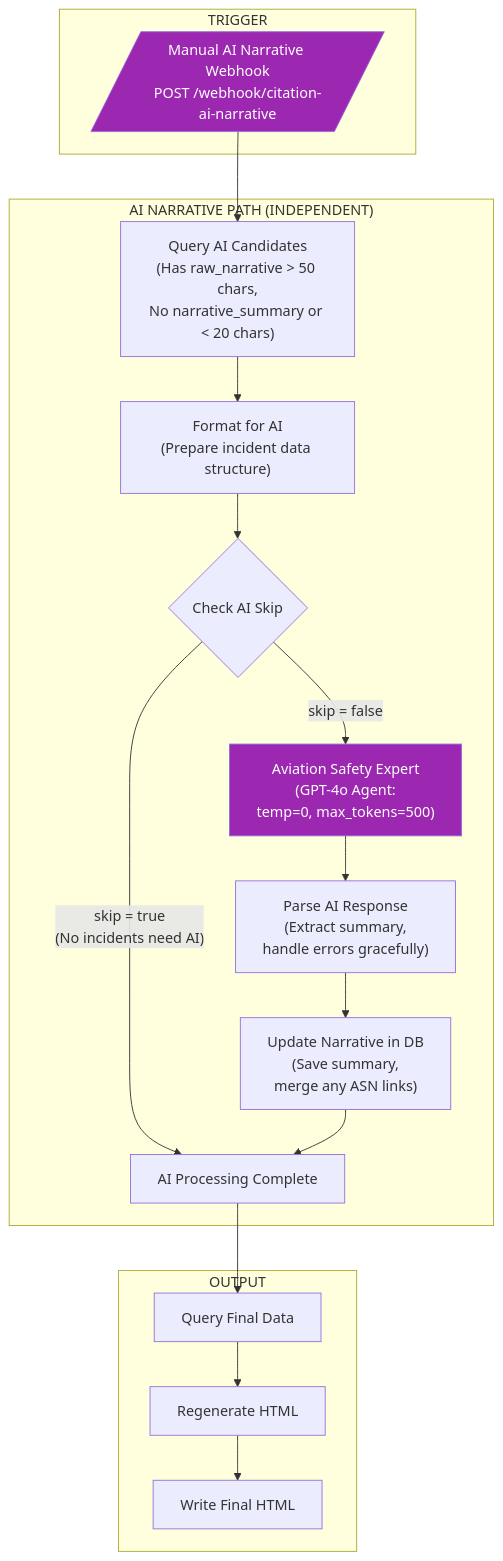
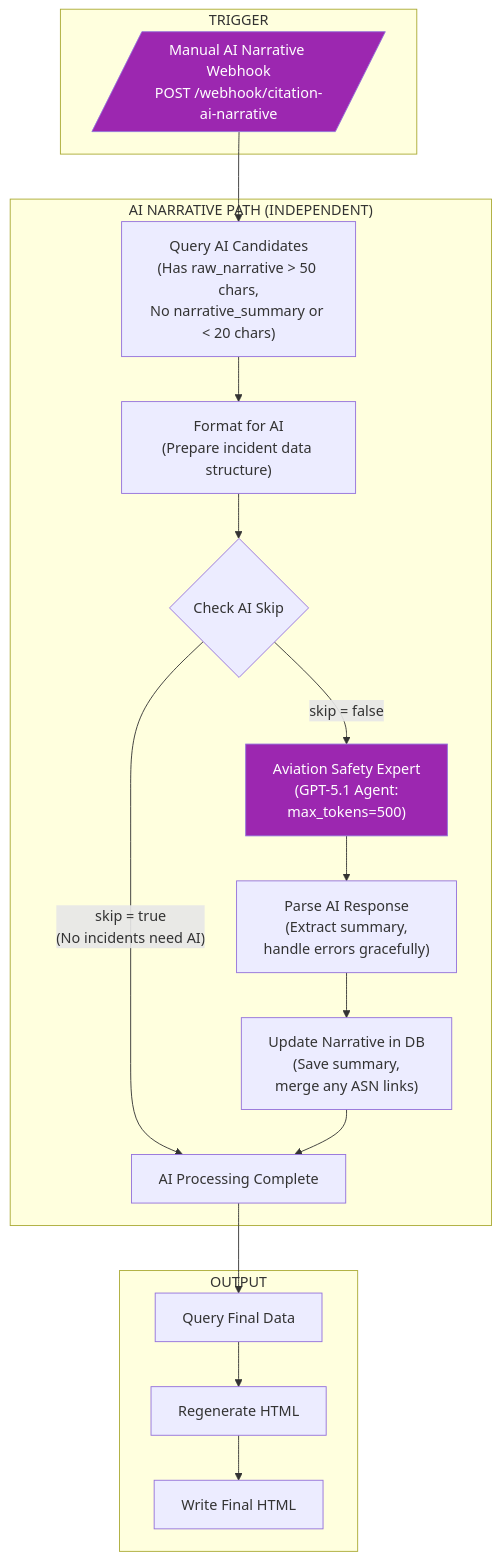
One commit to rjsears/aircraft_accident_tracker changed the eighth of 13 diagrams in README.md. Above: the diagram before and after it, drawn with Mermaid. The commit also changed other lines of this file, not shown here.

````diff
--- a/README.md
+++ b/README.md
@@ -622,40 +622,40 @@
 ```mermaid
 flowchart TB
     subgraph TRIGGER["TRIGGER"]
         T5[/"Manual AI Narrative Webhook<br/>POST /webhook/citation-ai-narrative"/]
     end
 
     subgraph AIPATH["AI NARRATIVE PATH (INDEPENDENT)"]
         QAC["Query AI Candidates<br/>(Has raw_narrative > 50 chars,<br/>No narrative_summary or < 20 chars)"]
         FFA["Format for AI<br/>(Prepare incident data structure)"]
         CAS{"Check AI Skip"}
         APC["AI Processing Complete"]
-        ASE["Aviation Safety Expert<br/>(GPT-4o Agent:<br/>temp=0, max_tokens=500)"]
+        ASE["Aviation Safety Expert<br/>(GPT-5.1 Agent:<br/>max_tokens=500)"]
         PAR["Parse AI Response<br/>(Extract summary,<br/>handle errors gracefully)"]
         UND["Update Narrative in DB<br/>(Save summary,<br/>merge any ASN links)"]
     end
 
     subgraph OUTPUT["OUTPUT"]
         QFD["Query Final Data"]
         RH["Regenerate HTML"]
         WFH["Write Final HTML"]
     end
 
     T5 --> QAC
     QAC --> FFA
     FFA --> CAS
     
     CAS -->|"skip = true<br/>(No incidents need AI)"| APC
     CAS -->|"skip = false"| ASE
     
     ASE --> PAR
     PAR --> UND
     UND --> APC
     
     APC --> QFD
     QFD --> RH
     RH --> WFH
 
     style T5 fill:#9C27B0,color:#fff
     style ASE fill:#9C27B0,color:#fff
 ```
````
